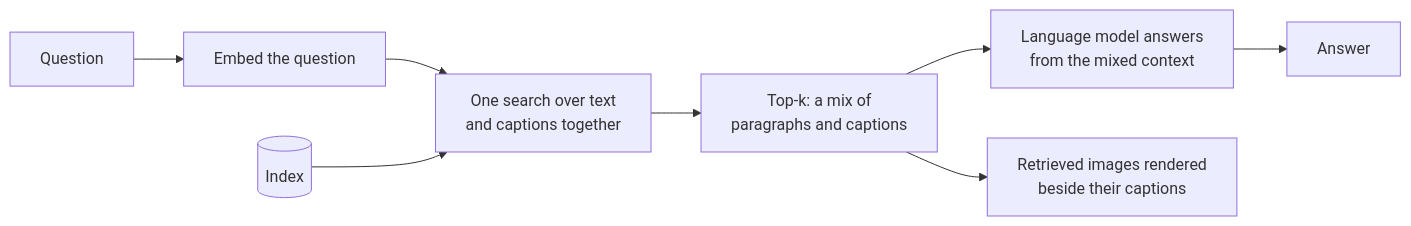
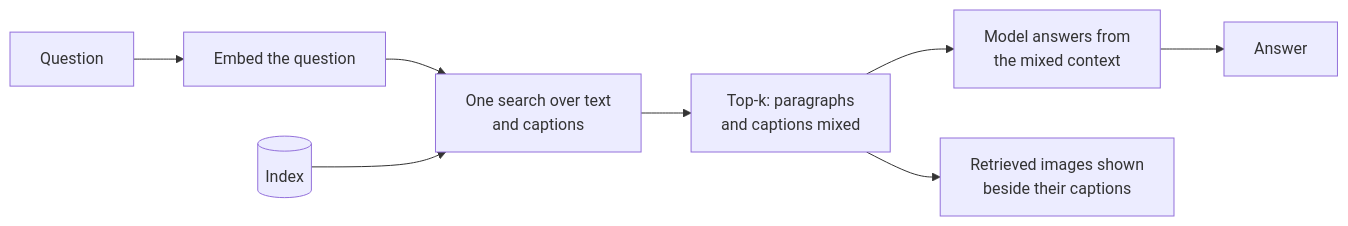
Before and after one commit to jjaaxx44/genai-personal-lab-rag: the second of 2 diagrams in app/demos/rag/multimodal/README.md, drawn with Mermaid. The commit also changed other lines of this file and 32 other files, not shown here.

````diff
--- a/app/demos/rag/multimodal/README.md
+++ b/app/demos/rag/multimodal/README.md
@@ -33,10 +25,10 @@
 ```mermaid
 flowchart LR
   Q["Question"] --> E["Embed the question"]
-  E --> S["One search over text<br/>and captions together"]
+  E --> S["One search over text<br/>and captions"]
   I[("Index")] --> S
-  S --> T["Top-k: a mix of<br/>paragraphs and captions"]
-  T --> L["Language model answers<br/>from the mixed context"]
+  S --> T["Top-k: paragraphs<br/>and captions mixed"]
+  T --> L["Model answers from<br/>the mixed context"]
   L --> A["Answer"]
-  T --> R["Retrieved images rendered<br/>beside their captions"]
+  T --> R["Retrieved images shown<br/>beside their captions"]
 ```
````
